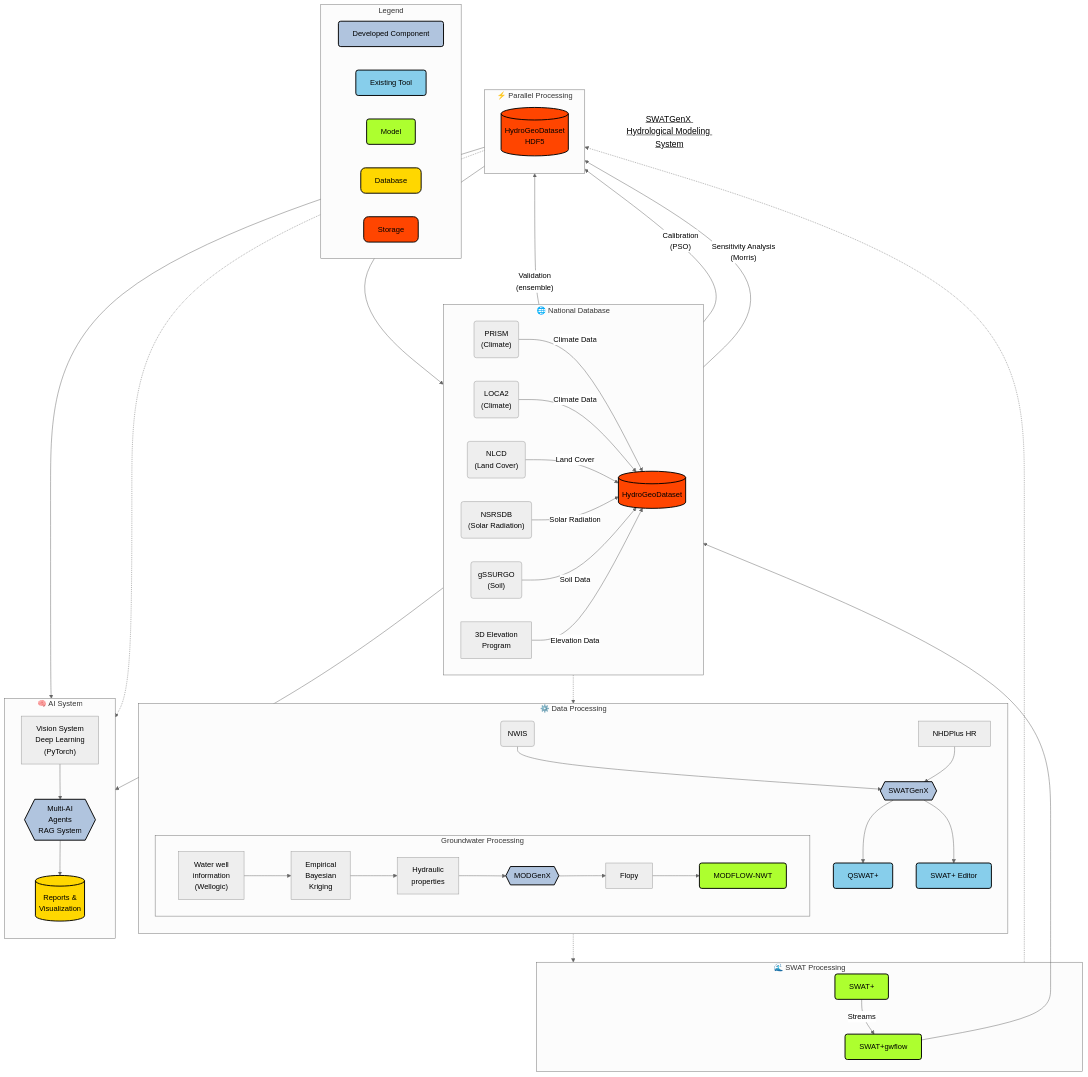
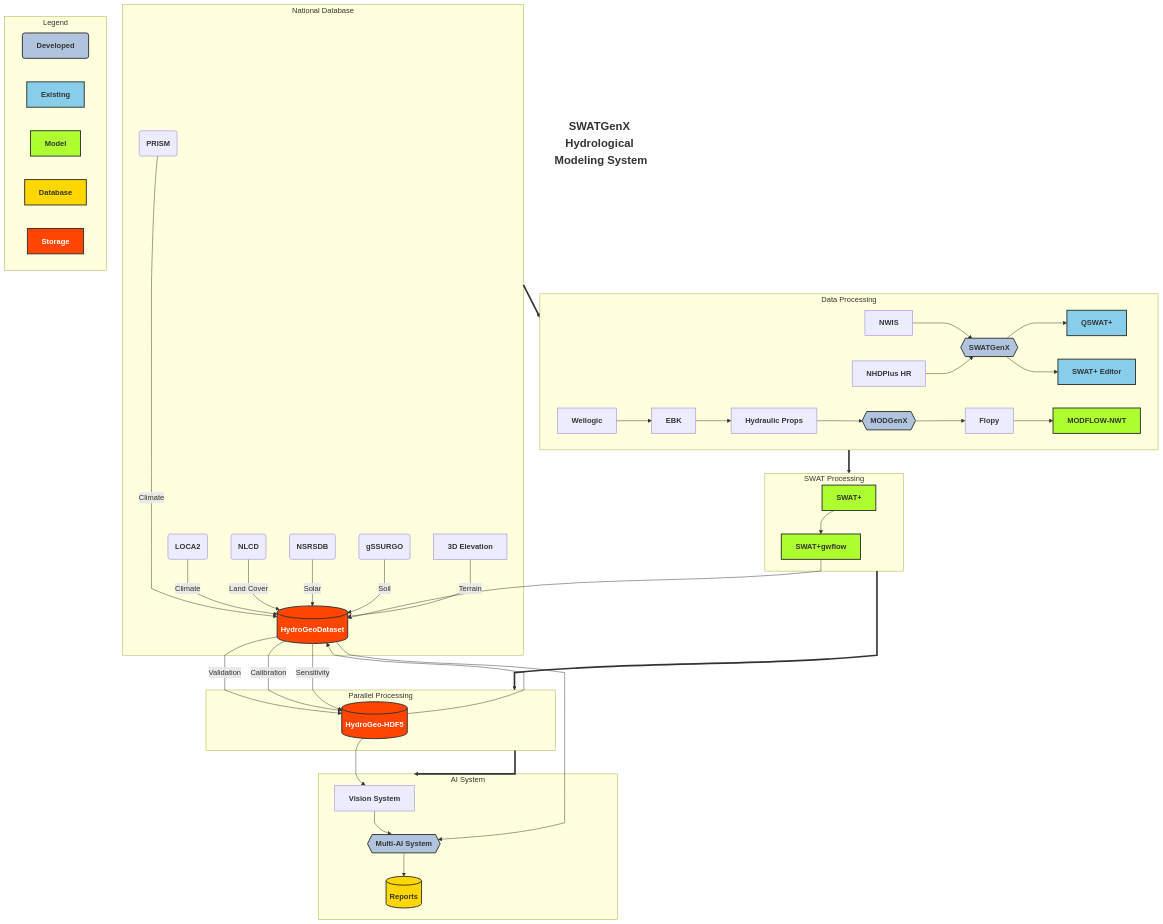
One commit to VahidMSU/HydroDeepNet changed the diagram in README.md. Above: the diagram before and after it, drawn with Mermaid.

Commit message:
Fix Mermaid rendering issue

````diff
--- a/README.md
+++ b/README.md
@@ -1,92 +1,87 @@
 ```mermaid
-%%{init: {'theme': 'neutral', 'flowchart': {'curve': 'basis'}}}%%
+%%{init: {
+  'theme': 'default',
+  'flowchart': {'curve': 'monotoneX'},
+  'themeVariables': {
+    'fontSize': '16px',
+    'fontFamily': 'arial',
+    'lineWidth': '2px'
+  }
+}}%%
 graph TB
-    %% Title and overall styling
-    title[<u>SWATGenX Hydrological Modeling System</u>]
+    %% Main Title
+    title[<b style='font-size:24px'>SWATGenX Hydrological Modeling System</b>]
     title:::title
     
-    subgraph National_Database["🌐 National Database"]
-        direction LR
-        PRISM("PRISM<br>(Climate)") -->|Climate Data| HydroGeoDataset[(HydroGeoDataset)]
-        LOCA2("LOCA2<br>(Climate)") -->|Climate Data| HydroGeoDataset
-        NLCD("NLCD<br>(Land Cover)") -->|Land Cover| HydroGeoDataset
-        NSRSDB("NSRSDB<br>(Solar Radiation)") -->|Solar Radiation| HydroGeoDataset
-        gSSURGO("gSSURGO<br>(Soil)") -->|Soil Data| HydroGeoDataset
-        ElevationProgram["3D Elevation<br>Program"] -->|Elevation Data| HydroGeoDataset
+    subgraph NatDB["National Database"]
+        PRISM("PRISM") -->|Climate| HGD[(HydroGeoDataset)]
+        LOCA2("LOCA2") -->|Climate| HGD
+        NLCD("NLCD") -->|Land Cover| HGD
+        NSRSDB("NSRSDB") -->|Solar| HGD
+        gSSURGO("gSSURGO") -->|Soil| HGD
+        Elev["3D Elevation"] -->|Terrain| HGD
     end
 
-    subgraph Data_Processing["⚙️ Data Processing"]
-        direction TB
-        NWIS("NWIS") --> SWATGenX{{SWATGenX}}
-        NHDPlusHR["NHDPlus HR"] --> SWATGenX
-        SWATGenX --> QSWATPlus["QSWAT+"]
-        SWATGenX --> SWATPlusEditor["SWAT+ Editor"]
+    subgraph DataProc["Data Processing"]
+        NWIS --> SWGX{{SWATGenX}}
+        NHD["NHDPlus HR"] --> SWGX
+        SWGX --> QSWAT["QSWAT+"]:::existing
+        SWGX --> SWATPlusEd["SWAT+ Editor"]:::existing
         
-        subgraph Groundwater_Processing["Groundwater Processing"]
-            direction LR
-            WellInfo["Water well<br>information<br>(Wellogic)"] --> EBK["Empirical<br>Bayesian<br>Kriging"]
-            EBK --> HydraulicProps["Hydraulic<br>properties"]
-            HydraulicProps --> MODGenX{{MODGenX}}
-            MODGenX --> Flopy["Flopy"]
-            Flopy --> MODFLOWNWT["MODFLOW-NWT"]
-        end
+        WellInfo["Wellogic"] --> EBK["EBK"]
+        EBK --> HProps["Hydraulic Props"]
+        HProps --> MODGX{{MODGenX}}
+        MODGX --> Flopy
+        Flopy --> MODNWT["MODFLOW-NWT"]:::models
     end
 
-    subgraph SWAT_Processing["🌊 SWAT Processing"]
-        SWATPlus["SWAT+"] -->|Streams| SWATPlusGwflow["SWAT+gwflow"]
-        SWATPlusGwflow --> HydroGeoDataset
+    subgraph SWATProc["SWAT Processing"]
+        SWATPlus["SWAT+"]:::models --> SWATGwflow["SWAT+gwflow"]:::models
+        SWATGwflow --> HGD
     end
 
-    subgraph Parallel_Processing["⚡ Parallel Processing"]
-        direction TB
-        HydroGeoDataset -- "Validation<br>(ensemble)" --> HydroGeoDataset_HDF5[("HydroGeoDataset<br>HDF5")]
-        HydroGeoDataset -- "Calibration<br>(PSO)" --> HydroGeoDataset_HDF5
-        HydroGeoDataset -- "Sensitivity Analysis<br>(Morris)" --> HydroGeoDataset_HDF5
+    subgraph ParProc["Parallel Processing"]
+        HGD -- "Validation" --> HGDHDF[("HydroGeo-HDF5")]:::storage
+        HGD -- "Calibration" --> HGDHDF
+        HGD -- "Sensitivity" --> HGDHDF
     end
 
-    subgraph AI_System["🧠 AI System"]
-        direction TB
-        HydroGeoDataset_HDF5 --> VisionSystem["Vision System<br>Deep Learning<br>(PyTorch)"]
-        HydroGeoDataset_HDF5 --> HydroGeoDataset
-        VisionSystem --> MultiAI{{Multi-AI<br>Agents<br>RAG System}}
-        HydroGeoDataset --> MultiAI
-        MultiAI --> Reports[("Reports &<br>Visualization")]
+    subgraph AISystem["AI System"]
+        HGDHDF --> Vision["Vision System"]
+        HGDHDF --> HGD
+        Vision --> MultiAI{{Multi-AI System}}:::developed
+        HGD --> MultiAI
+        MultiAI --> Reports[("Reports")]:::database
     end
 
-    %% Connections between subgraphs
-    National_Database -.-> Data_Processing
-    Data_Processing -.-> SWAT_Processing
-    SWAT_Processing -.-> Parallel_Processing
-    Parallel_Processing -.-> AI_System
+    %% Main flow connections with distinct styles
+    NatDB ==> DataProc
+    DataProc ==> SWATProc
+    SWATProc ==> ParProc
+    ParProc ==> AISystem
 
-    %% Legend
+    %% Legend in compact format
     subgraph Legend["Legend"]
         direction LR
-        dev["Developed Component"]:::developed
-        ex["Existing Tool"]:::existing
+        dev["Developed"]:::developed
+        ex["Existing"]:::existing
         mod["Model"]:::models
         db["Database"]:::database
         sto["Storage"]:::storage
     end
 
-    %% Class Definitions with enhanced styling
-    classDef developed fill:#B0C4DE,stroke:#000,stroke-width:2px,rx:5,ry:5
-    classDef existing fill:#87CEEB,stroke:#000,stroke-width:2px,rx:5,ry:5
-    classDef models fill:#ADFF2F,stroke:#000,stroke-width:2px,rx:5,ry:5
-    classDef database fill:#FFD700,stroke:#000,stroke-width:2px,rx:10,ry:10
-    classDef storage fill:#FF4500,stroke:#000,stroke-width:2px,rx:10,ry:10
-    classDef title font-size:18px,fill:none,stroke:none
+    %% Improved styling
+    classDef default font-size:16px,font-weight:bold
+    classDef developed fill:#B0C4DE,stroke:#333,stroke-width:2px,rx:5,ry:5
+    classDef existing fill:#87CEEB,stroke:#333,stroke-width:2px
+    classDef models fill:#ADFF2F,stroke:#333,stroke-width:2px
+    classDef database fill:#FFD700,stroke:#333,stroke-width:2px
+    classDef storage fill:#FF4500,stroke:#333,stroke-width:2px,color:white
+    classDef title fill:none,stroke:none
     
-    %% Apply classes to nodes
-    HydroGeoDataset_HDF5:::storage
-    HydroGeoDataset:::storage
-    SWATPlusGwflow:::models
-    SWATPlus:::models
-    MODFLOWNWT:::models
-    QSWATPlus:::existing
-    SWATPlusEditor:::existing
-    SWATGenX:::developed
-    MODGenX:::developed
-    MultiAI:::developed
-    Reports:::database
+    %% Node class assignments
+    SWGX:::developed
+    MODGX:::developed
+    HGDHDF:::storage
+    HGD:::storage
 ```
````
